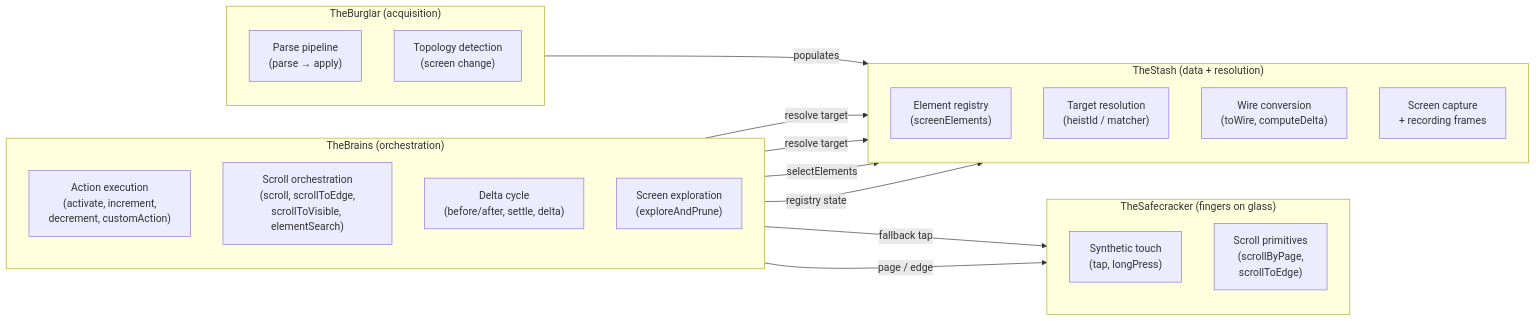
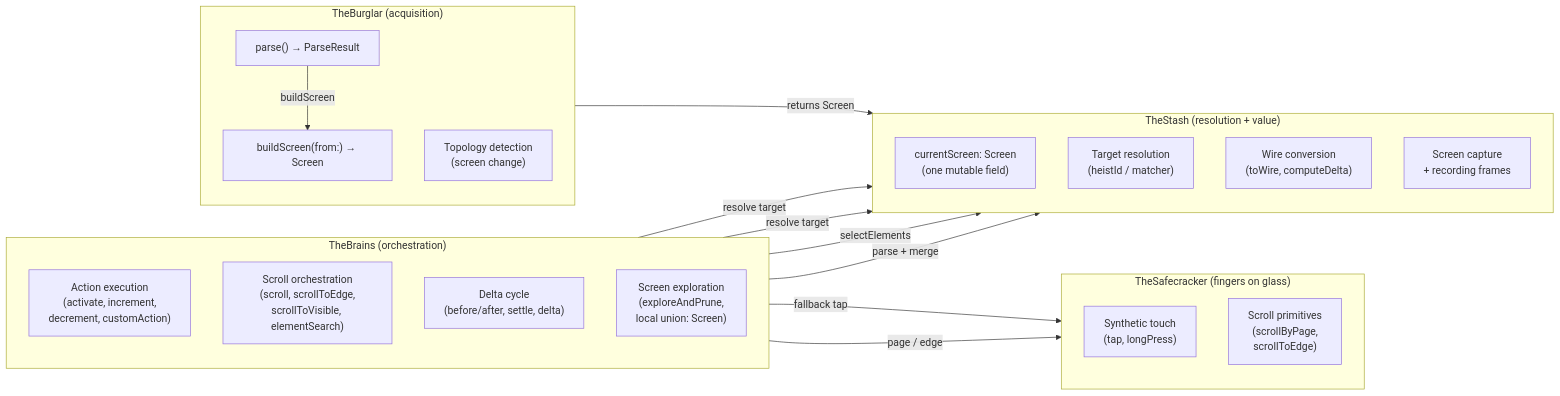
The first of 2 diagrams in docs/dossiers/11-THESTASH.md (RoyalPineapple/TheButtonHeist), drawn with Mermaid before and after one commit. The commit also changed other lines of this file and 25 other files, not shown here.

First line of the commit message:
Eliminate ElementRegistry: migrate to Screen value type

````diff
--- a/docs/dossiers/11-THESTASH.md
+++ b/docs/dossiers/11-THESTASH.md
@@ -39,38 +67,40 @@
 ```mermaid
 flowchart LR
     subgraph TheBrains ["TheBrains (orchestration)"]
         direction TB
         BR1["Action execution<br/>(activate, increment,<br/>decrement, customAction)"]
         BR2["Scroll orchestration<br/>(scroll, scrollToEdge,<br/>scrollToVisible, elementSearch)"]
         BR3["Delta cycle<br/>(before/after, settle, delta)"]
-        BR4["Screen exploration<br/>(exploreAndPrune)"]
+        BR4["Screen exploration<br/>(exploreAndPrune,<br/>local union: Screen)"]
     end
 
-    subgraph TheStash ["TheStash (data + resolution)"]
+    subgraph TheStash ["TheStash (resolution + value)"]
         direction TB
-        B1["Element registry<br/>(screenElements)"]
+        B1["currentScreen: Screen<br/>(one mutable field)"]
         B2["Target resolution<br/>(heistId / matcher)"]
         B3["Wire conversion<br/>(toWire, computeDelta)"]
         B6["Screen capture<br/>+ recording frames"]
     end
 
     subgraph TheBurglar ["TheBurglar (acquisition)"]
         direction TB
-        BG1["Parse pipeline<br/>(parse → apply)"]
-        BG2["Topology detection<br/>(screen change)"]
+        BG1["parse() → ParseResult"]
+        BG2["buildScreen(from:) → Screen"]
+        BG3["Topology detection<br/>(screen change)"]
     end
 
     subgraph TheSafecracker ["TheSafecracker (fingers on glass)"]
         direction TB
         S1["Synthetic touch<br/>(tap, longPress)"]
         S3["Scroll primitives<br/>(scrollByPage,<br/>scrollToEdge)"]
     end
 
     BR1 -->|"resolve target"| B2
     BR2 -->|"resolve target"| B2
     BR3 -->|"selectElements"| B1
-    BR4 -->|"registry state"| B1
-    BG1 -->|"populates"| B1
+    BR4 -->|"parse + merge"| B1
+    BG1 -->|"buildScreen"| BG2
+    BG2 -->|"returns Screen"| B1
     BR1 -->|"fallback tap"| S1
     BR2 -->|"page / edge"| S3
 ```
````
